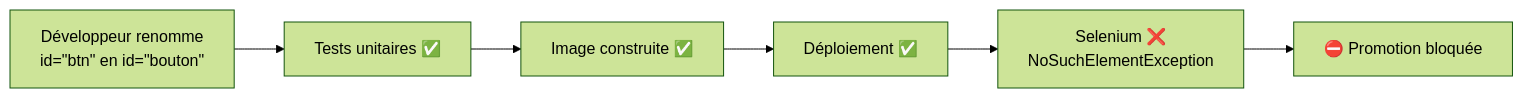
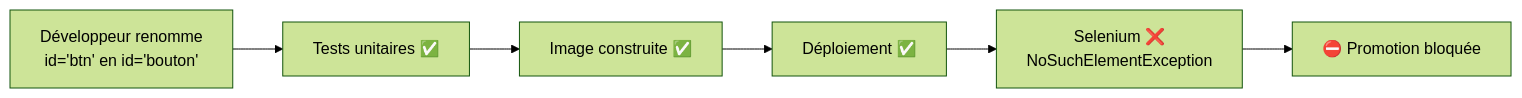
The third of 6 diagrams in lab/TP11-selenium.md (hajjiBel/DOTOOL), drawn with Mermaid (forest theme) before and after one commit. The commit also changed other lines of this file, not shown here.

````diff
--- a/lab/TP11-selenium.md
+++ b/lab/TP11-selenium.md
@@ -67,5 +67,5 @@
 ```mermaid
 flowchart LR
-  A["Développeur renomme<br/>id=&quot;btn&quot; en id=&quot;bouton&quot;"] --> B["Tests unitaires ✅"] --> C["Image construite ✅"] --> D["Déploiement ✅"] --> E["Selenium ❌<br/>NoSuchElementException"]
+  A["Développeur renomme<br/>id='btn' en id='bouton'"] --> B["Tests unitaires ✅"] --> C["Image construite ✅"] --> D["Déploiement ✅"] --> E["Selenium ❌<br/>NoSuchElementException"]
   E --> F["⛔ Promotion bloquée"]
 ```
````
